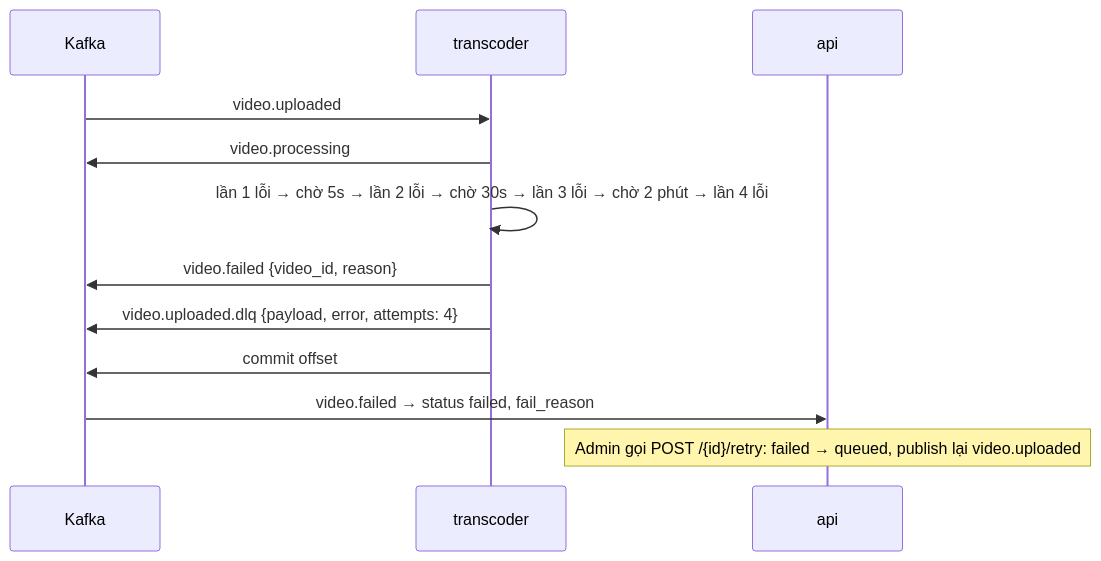
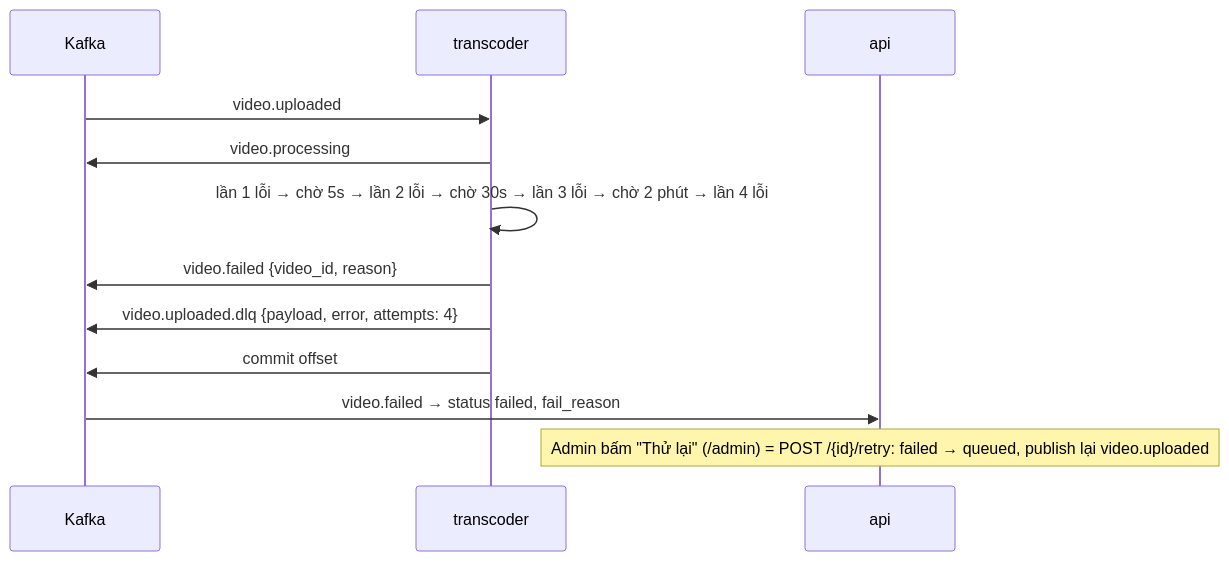
Before and after one commit to doba202/streaming-vod: the fourth of 8 diagrams in docs/flows.md, drawn with Mermaid. The commit also changed other lines of this file and 4 other files, not shown here.

Commit message:
docs: admin API (PATCH/DELETE), M7 flows, data model migrations, ADRs 0019-0020

````diff
--- a/docs/flows.md
+++ b/docs/flows.md
@@ -41,14 +94,14 @@
 ```mermaid
 sequenceDiagram
   participant K as Kafka
   participant T as transcoder
   participant API as api
   K->>T: video.uploaded
   T->>K: video.processing
   T->>T: lần 1 lỗi → chờ 5s → lần 2 lỗi → chờ 30s → lần 3 lỗi → chờ 2 phút → lần 4 lỗi
   T->>K: video.failed {video_id, reason}
   T->>K: video.uploaded.dlq {payload, error, attempts: 4}
   T->>K: commit offset
   K->>API: video.failed → status failed, fail_reason
-  Note over API: Admin gọi POST /{id}/retry: failed → queued, publish lại video.uploaded
+  Note over API: Admin bấm "Thử lại" (/admin) = POST /{id}/retry: failed → queued, publish lại video.uploaded
 ```
````
